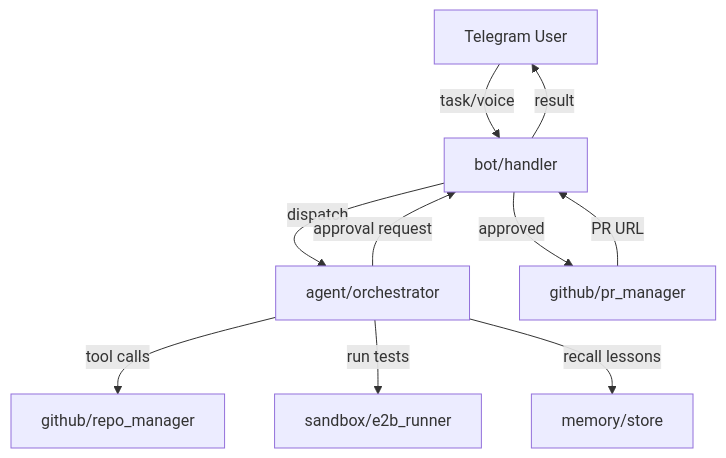
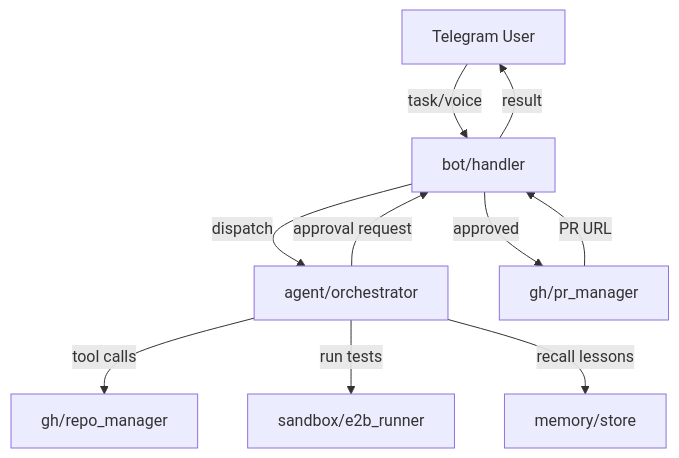
One commit to ayushkumar320/ClawCode changed the diagram in docs/improvements.md. Above: the diagram before and after it, drawn with Mermaid. The commit also changed other lines of this file and 11 other files, not shown here.

Commit message:
Building exceptions, repo_manager, pr_manager, and tests.

````diff
--- a/docs/improvements.md
+++ b/docs/improvements.md
@@ -89,12 +89,12 @@
   ```mermaid
   graph TD
     A[Telegram User] -->|task/voice| B[bot/handler]
     B -->|dispatch| C[agent/orchestrator]
-    C -->|tool calls| D[github/repo_manager]
+    C -->|tool calls| D[gh/repo_manager]
     C -->|run tests| E[sandbox/e2b_runner]
     C -->|recall lessons| F[memory/store]
     C -->|approval request| B
-    B -->|approved| G[github/pr_manager]
+    B -->|approved| G[gh/pr_manager]
     G -->|PR URL| B
     B -->|result| A
   ```
````
